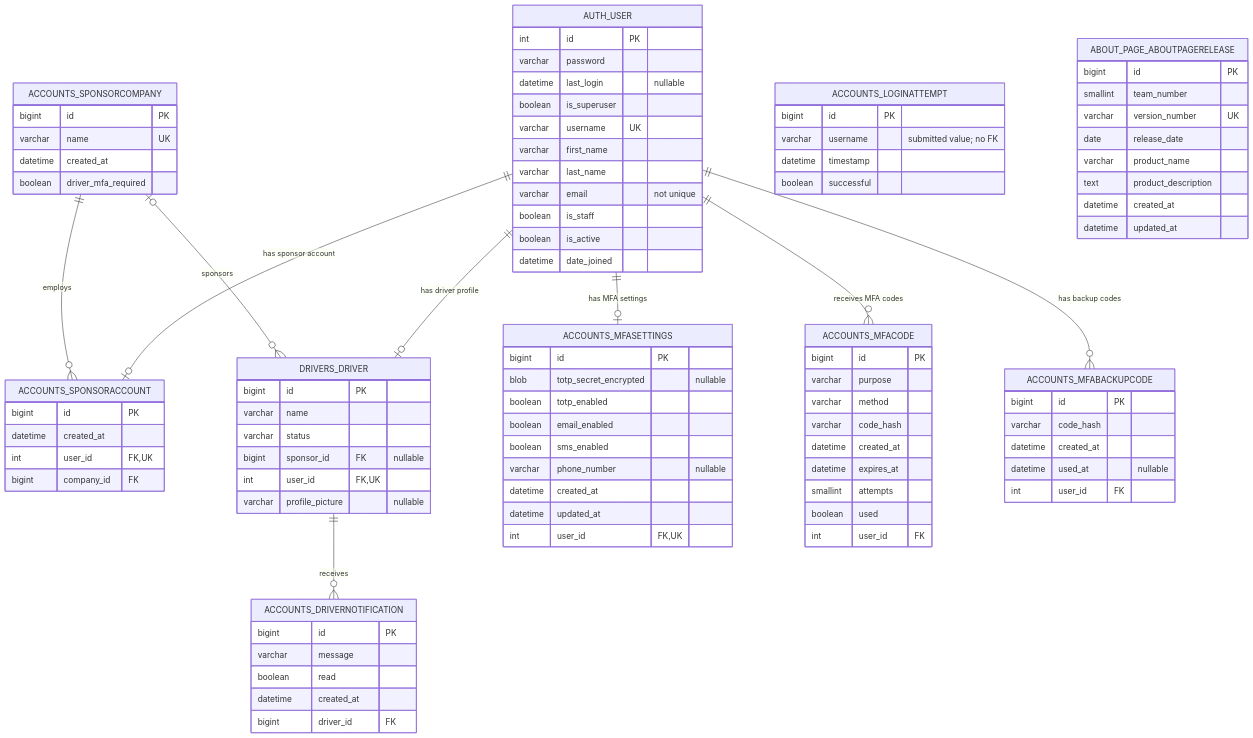
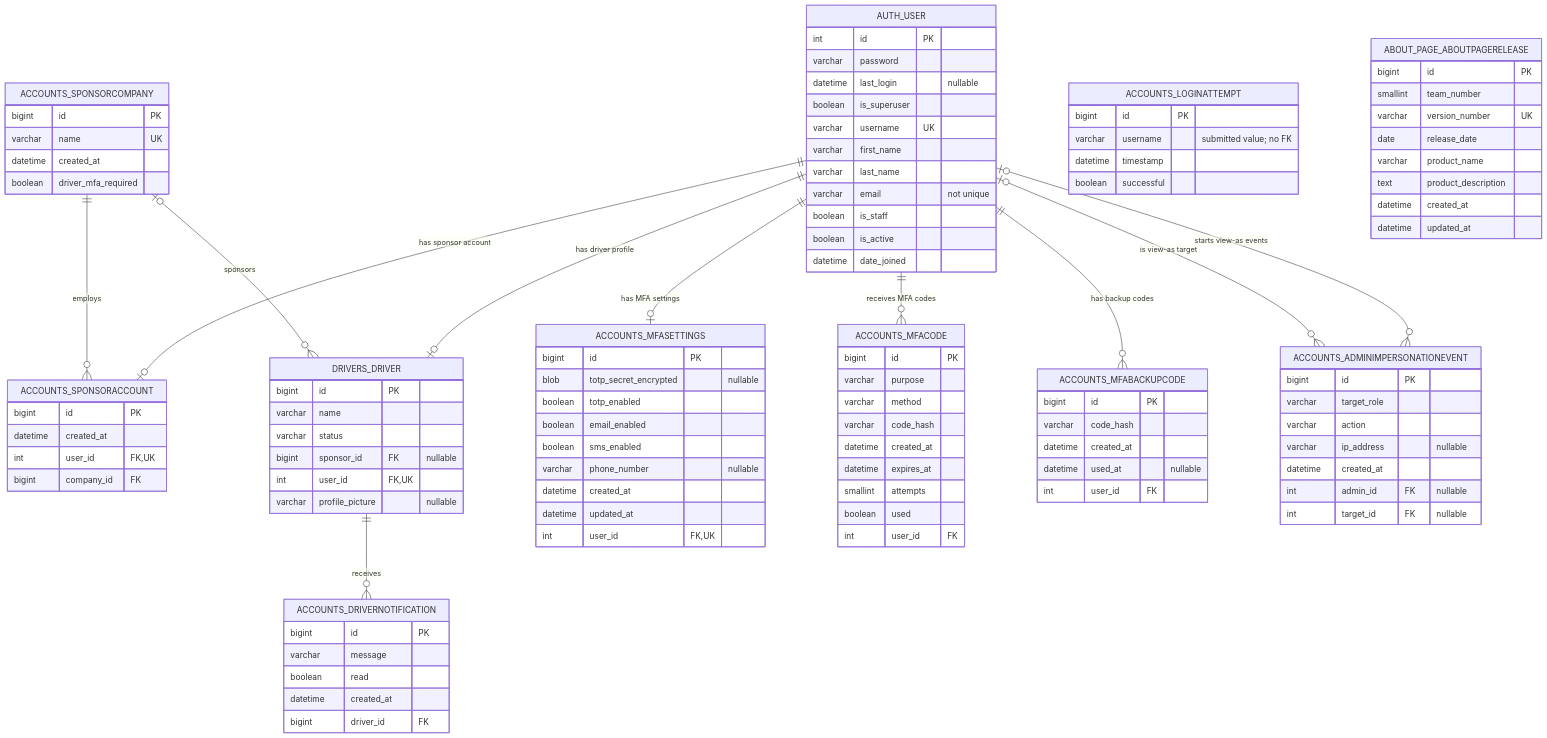
One commit to Lhomas7/F26-CPSC4910-Team11 changed the first of 2 diagrams in docs/DATABASE_ERD.md. Above: the diagram before and after it, drawn with Mermaid. The commit also changed other lines of this file and 8 other files, not shown here.

First line of the commit message:
[Sprint 4] chore: finalize architecture refactor and documentation

```diff
--- a/docs/DATABASE_ERD.md
+++ b/docs/DATABASE_ERD.md
@@ -92,6 +95,16 @@
         boolean successful
     }
 
+    ACCOUNTS_ADMINIMPERSONATIONEVENT {
+        bigint id PK
+        varchar target_role
+        varchar action
+        varchar ip_address "nullable"
+        datetime created_at
+        int admin_id FK "nullable"
+        int target_id FK "nullable"
+    }
+
     ABOUT_PAGE_ABOUTPAGERELEASE {
         bigint id PK
         smallint team_number
@@ -108,6 +121,8 @@
     AUTH_USER ||--o| ACCOUNTS_MFASETTINGS : "has MFA settings"
     AUTH_USER ||--o{ ACCOUNTS_MFACODE : "receives MFA codes"
     AUTH_USER ||--o{ ACCOUNTS_MFABACKUPCODE : "has backup codes"
+    AUTH_USER o|--o{ ACCOUNTS_ADMINIMPERSONATIONEVENT : "starts view-as events"
+    AUTH_USER o|--o{ ACCOUNTS_ADMINIMPERSONATIONEVENT : "is view-as target"
     ACCOUNTS_SPONSORCOMPANY ||--o{ ACCOUNTS_SPONSORACCOUNT : "employs"
     ACCOUNTS_SPONSORCOMPANY o|--o{ DRIVERS_DRIVER : "sponsors"
     DRIVERS_DRIVER ||--o{ ACCOUNTS_DRIVERNOTIFICATION : "receives"
```
